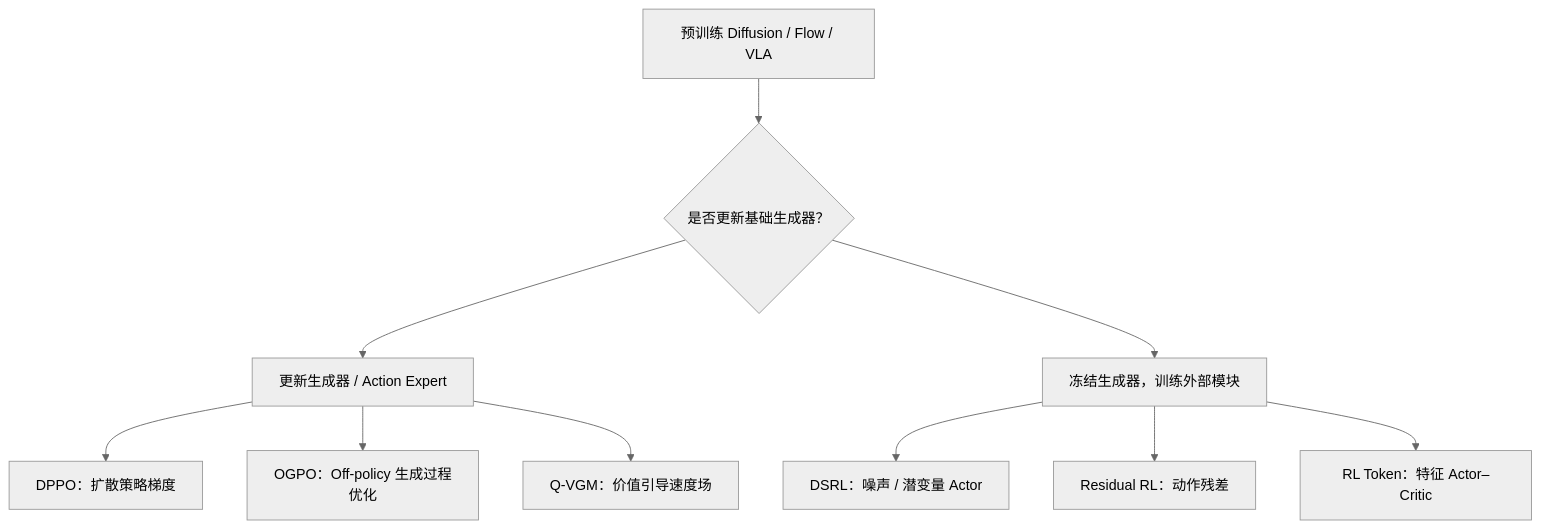
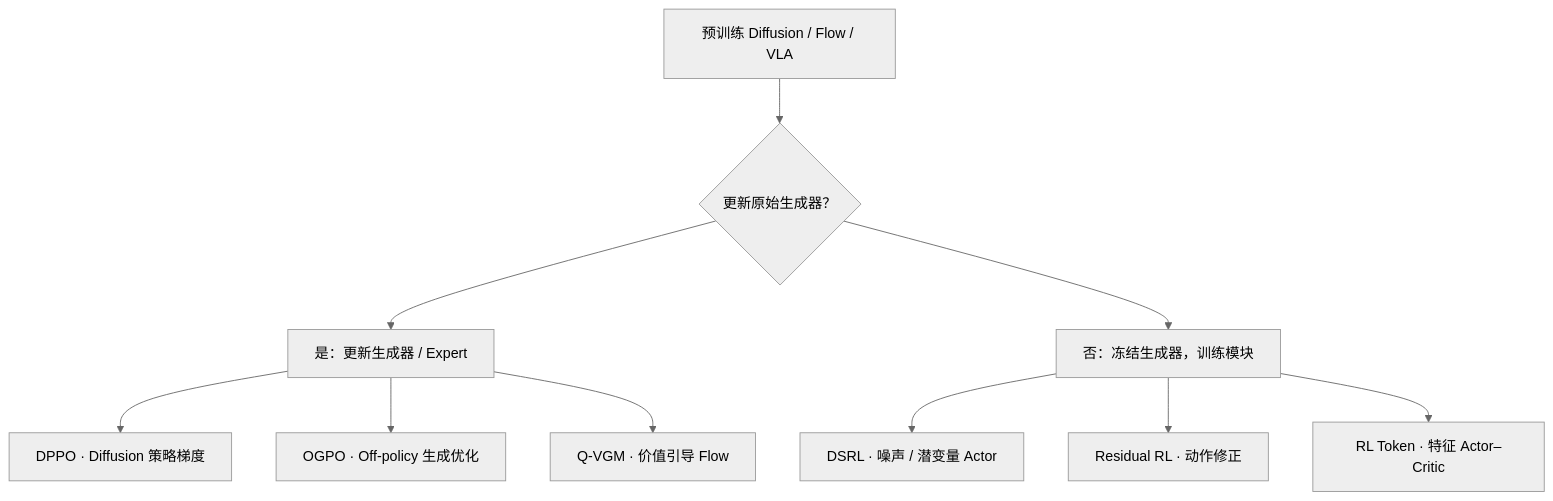
The second of 4 diagrams in md/RL_Post_Training_ZH.md (zengxiong111/Foundation_of_Embodied_AI), drawn with Mermaid (neutral theme) before and after one commit. The commit also changed other lines of this file and 24 other files, not shown here.

````diff
--- a/md/RL_Post_Training_ZH.md
+++ b/md/RL_Post_Training_ZH.md
@@ -64,13 +48,12 @@
 ```mermaid
-%% FIG: taxonomy
 flowchart TB
-  P["预训练 Diffusion / Flow / VLA"] --> Q{"是否更新基础生成器？"}
-  Q --> U["更新生成器 / Action Expert"]
-  Q --> Z["冻结生成器，训练外部模块"]
-  U --> A["DPPO：扩散策略梯度"]
-  U --> B["OGPO：Off-policy 生成过程优化"]
-  U --> C["Q-VGM：价值引导速度场"]
-  Z --> D["DSRL：噪声 / 潜变量 Actor"]
-  Z --> E["Residual RL：动作残差"]
-  Z --> F["RL Token：特征 Actor–Critic"]
+  P["预训练 Diffusion / Flow / VLA"] --> Q{"更新原始生成器？"}
+  Q --> U["是：更新生成器 / Expert"]
+  Q --> F["否：冻结生成器，训练模块"]
+  U --> A["DPPO · Diffusion 策略梯度"]
+  U --> B["OGPO · Off-policy 生成优化"]
+  U --> C["Q-VGM · 价值引导 Flow"]
+  F --> D["DSRL · 噪声 / 潜变量 Actor"]
+  F --> E["Residual RL · 动作修正"]
+  F --> R["RL Token · 特征 Actor–Critic"]
 ```
````
